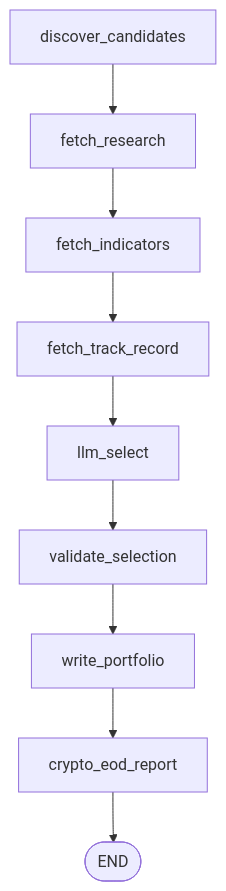
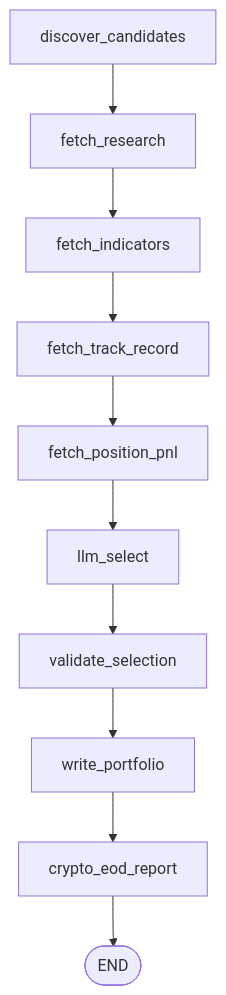
The first of 2 diagrams in docs/architecture.md (miramar-labs-org/multi-agent-ai-trader), drawn with Mermaid before and after one commit. The commit also changed other lines of this file and 8 other files, not shown here.

````diff
--- a/docs/architecture.md
+++ b/docs/architecture.md
@@ -116,11 +117,12 @@
 ```mermaid
 flowchart TD
     A[discover_candidates] --> B[fetch_research]
     B --> C[fetch_indicators]
     C --> C2[fetch_track_record]
-    C2 --> D[llm_select]
+    C2 --> C3[fetch_position_pnl]
+    C3 --> D[llm_select]
     D --> E[validate_selection]
     E --> F[write_portfolio]
     F --> G[crypto_eod_report]
     G --> H([END])
 ```
````
